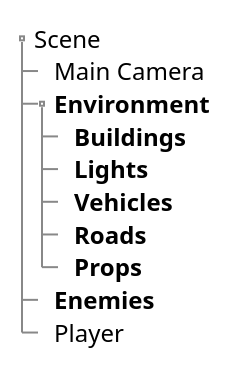
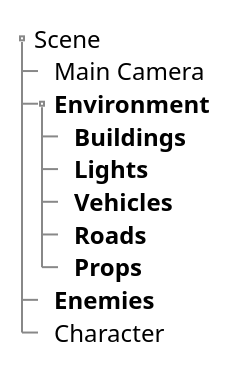
The seventh of 8 diagrams in content/workflow/main.adoc (jesustorresdev/quarto-lecture-notes-format), drawn with PlantUML before and after one commit. The commit also changed other lines of this file and 4 other files, not shown here.

```diff
--- a/content/workflow/main.adoc
+++ b/content/workflow/main.adoc
@@ -465,18 +564,18 @@
 [plantuml, format="svg"]
 ....
 salt
 {
 {T
 + Scene
  ++ Main Camera
  ++ <b>Environment
  +++ <b>Buildings
  +++ <b>Lights
  +++ <b>Vehicles
  +++ <b>Roads
  +++ <b>Props
  ++ <b>Enemies
- ++ Player
+ ++ Character
 }
 }
 ....
```
